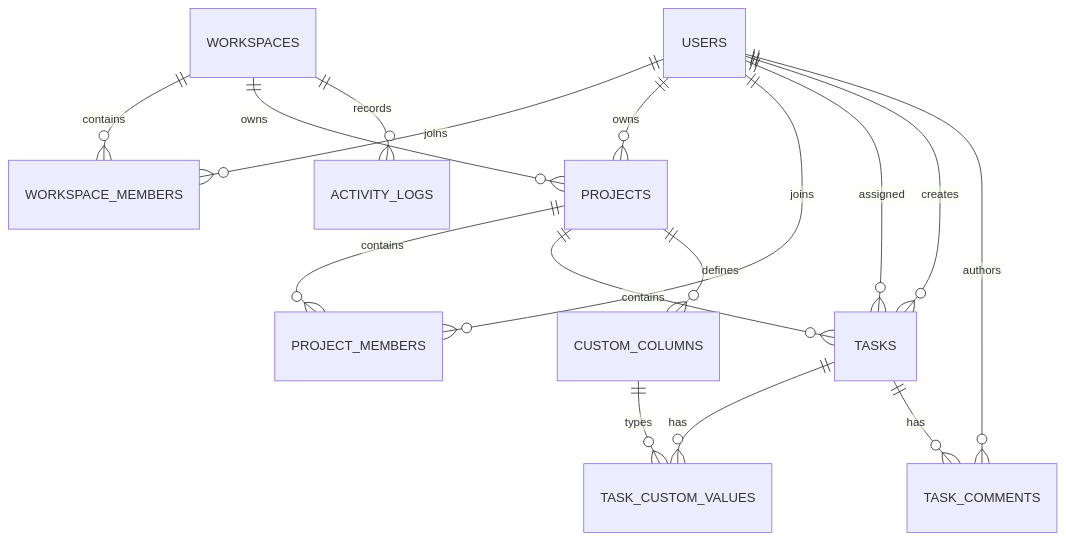
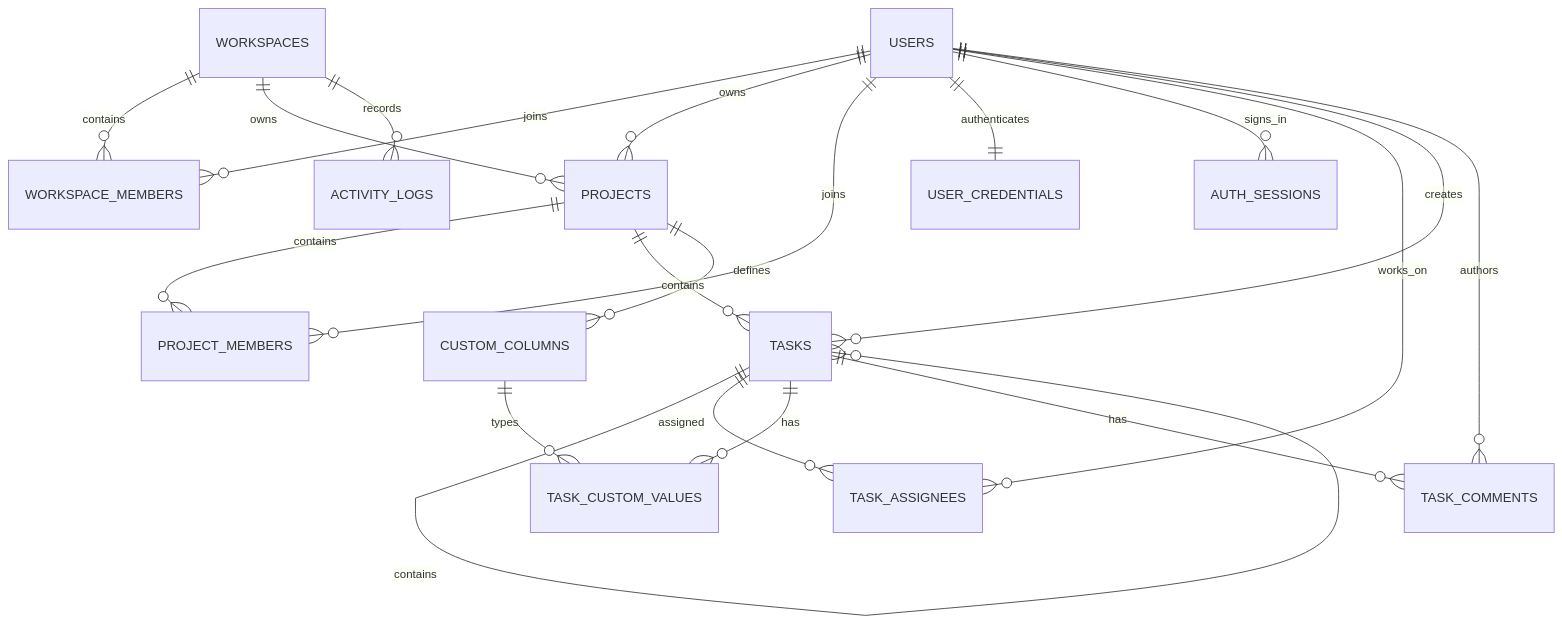
Before and after one commit to javkhlan-codes/temp-task-management: the diagram in docs/ERD.md, drawn with Mermaid. The commit also changed other lines of this file and 35 other files, not shown here.

````diff
--- a/docs/ERD.md
+++ b/docs/ERD.md
@@ -3,18 +3,22 @@
 ```mermaid
 erDiagram
   USERS ||--o{ WORKSPACE_MEMBERS : joins
   WORKSPACES ||--o{ WORKSPACE_MEMBERS : contains
   WORKSPACES ||--o{ PROJECTS : owns
   USERS ||--o{ PROJECTS : owns
   PROJECTS ||--o{ PROJECT_MEMBERS : contains
   USERS ||--o{ PROJECT_MEMBERS : joins
+  USERS ||--|| USER_CREDENTIALS : authenticates
+  USERS ||--o{ AUTH_SESSIONS : signs_in
   PROJECTS ||--o{ TASKS : contains
-  USERS ||--o{ TASKS : assigned
+  TASKS ||--o{ TASKS : contains
+  TASKS ||--o{ TASK_ASSIGNEES : assigned
+  USERS ||--o{ TASK_ASSIGNEES : works_on
   USERS ||--o{ TASKS : creates
   PROJECTS ||--o{ CUSTOM_COLUMNS : defines
   TASKS ||--o{ TASK_CUSTOM_VALUES : has
   CUSTOM_COLUMNS ||--o{ TASK_CUSTOM_VALUES : types
   TASKS ||--o{ TASK_COMMENTS : has
   USERS ||--o{ TASK_COMMENTS : authors
   WORKSPACES ||--o{ ACTIVITY_LOGS : records
 ```
````
